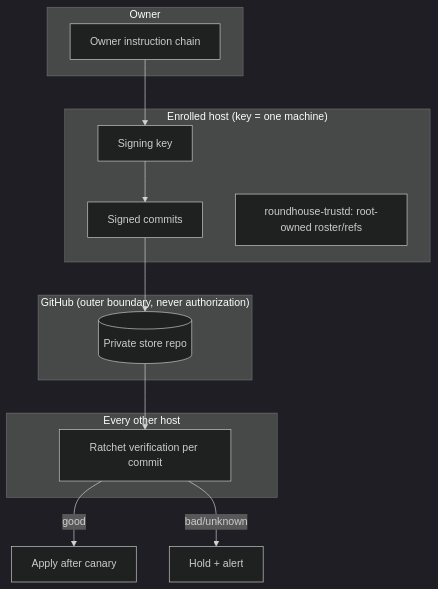
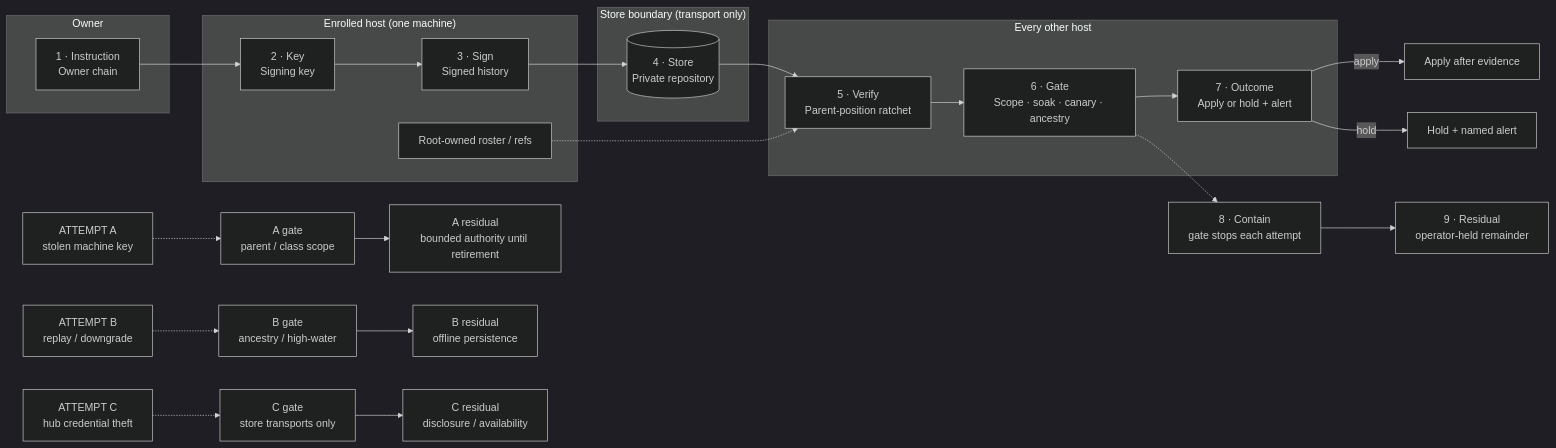
One commit to novotnyllc/railyard changed the diagram in site/src/diagrams/m4-trust-boundaries.mmd. Above: the diagram before and after it, drawn with Mermaid (dark theme). The commit also changed 35 other files, not shown here.

First line of the commit message:
docs: narrative stage 2 — sequence-narrative diagrams

```diff
--- a/site/src/diagrams/m4-trust-boundaries.mmd
+++ b/site/src/diagrams/m4-trust-boundaries.mmd
@@ -1,18 +1,31 @@
-flowchart TB
+flowchart LR
+    accTitle: M4 trust boundaries and attack shapes
+    accDescr: Owner instruction becomes signed history, crosses the store transport boundary, and is verified by every host before propagation gates determine apply or hold. Each stolen-key, replay, and hub-credential attempt has its own dashed path to a stopping gate and a named residual.
     subgraph Owner
-        O[Owner instruction chain]
+        O["1 · Instruction<br/>Owner chain"]
     end
-    subgraph Host["Enrolled host (key = one machine)"]
-        K[Signing key] --> S[Signed commits]
-        T[roundhouse-trustd: root-owned roster/refs]
+    subgraph Host["Enrolled host (one machine)"]
+        K["2 · Key<br/>Signing key"] --> S["3 · Sign<br/>Signed history"]
+        T["Root-owned roster / refs"]
     end
-    subgraph Hub["GitHub (outer boundary, never authorization)"]
-        R[(Private store repo)]
+    subgraph Hub["Store boundary (transport only)"]
+        R[("4 · Store<br/>Private repository")]
     end
     subgraph Fleet["Every other host"]
-        V[Ratchet verification per commit]
+        V["5 · Verify<br/>Parent-position ratchet"]
+        G["6 · Gate<br/>Scope · soak · canary · ancestry"]
+        O2["7 · Outcome<br/>Apply or hold + alert"]
     end
     O --> K
-    S --> R --> V
-    V -->|good| A2[Apply after canary]
-    V -->|bad/unknown| HD[Hold + alert]
+    S --> R --> V --> G --> O2
+    T -.-> V
+    O2 -->|apply| A2["Apply after evidence"]
+    O2 -->|hold| HD["Hold + named alert"]
+    AK["ATTEMPT A<br/>stolen machine key"] -.-> GA["A gate<br/>parent / class scope"]
+    GA --> RA["A residual<br/>bounded authority until retirement"]
+    RP["ATTEMPT B<br/>replay / downgrade"] -.-> GB["B gate<br/>ancestry / high-water"]
+    GB --> RB["B residual<br/>offline persistence"]
+    HC["ATTEMPT C<br/>hub credential theft"] -.-> GC["C gate<br/>store transports only"]
+    GC --> RC["C residual<br/>disclosure / availability"]
+    G -.-> AG["8 · Contain<br/>gate stops each attempt"]
+    AG --> RES["9 · Residual<br/>operator-held remainder"]
```
